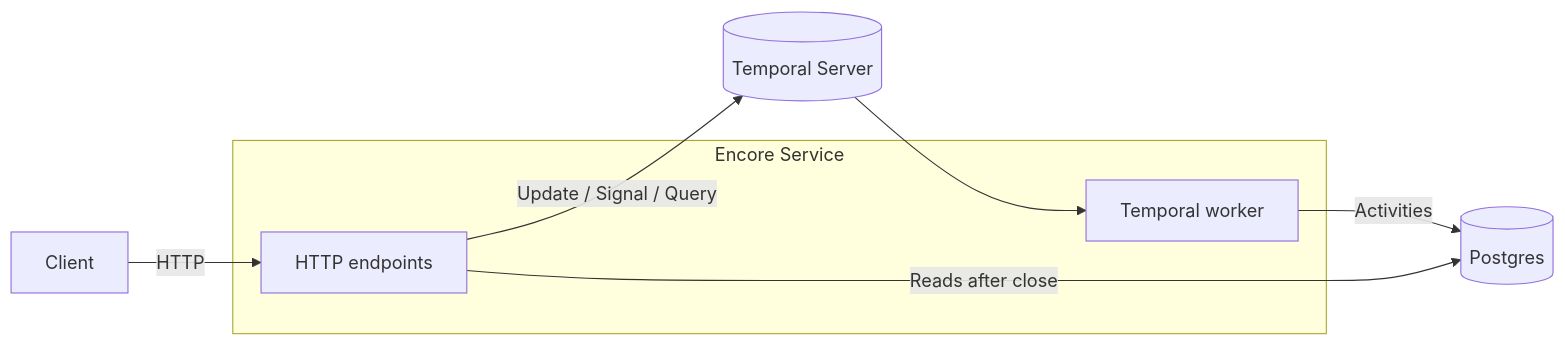
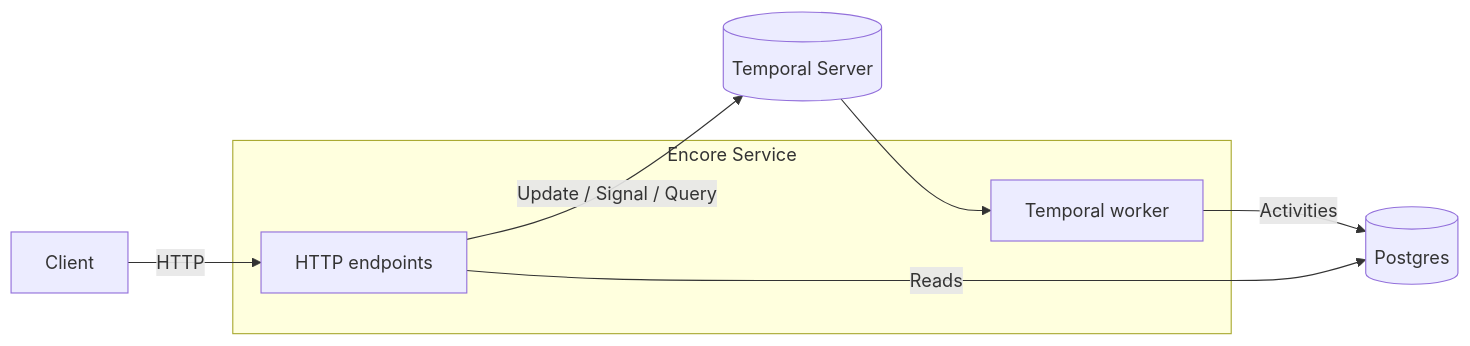
Before and after one commit to gabrielleeyj/redesigned-disco: the first of 3 diagrams in README.md, drawn with Mermaid. The commit also changed other lines of this file, not shown here.

````diff
--- a/README.md
+++ b/README.md
@@ -25,17 +26,16 @@
 ```mermaid
 flowchart LR
   Client[Client]
   subgraph Encore[Encore Service]
     EP[HTTP endpoints]
     WK[Temporal worker]
   end
   Temporal[(Temporal Server)]
   PG[(Postgres)]
 
   Client -->|HTTP| EP
   EP -->|Update / Signal / Query| Temporal
   Temporal --> WK
   WK -->|Activities| PG
-  EP -->|Reads after close| PG
-
+  EP -->|Reads| PG
 ```
````
